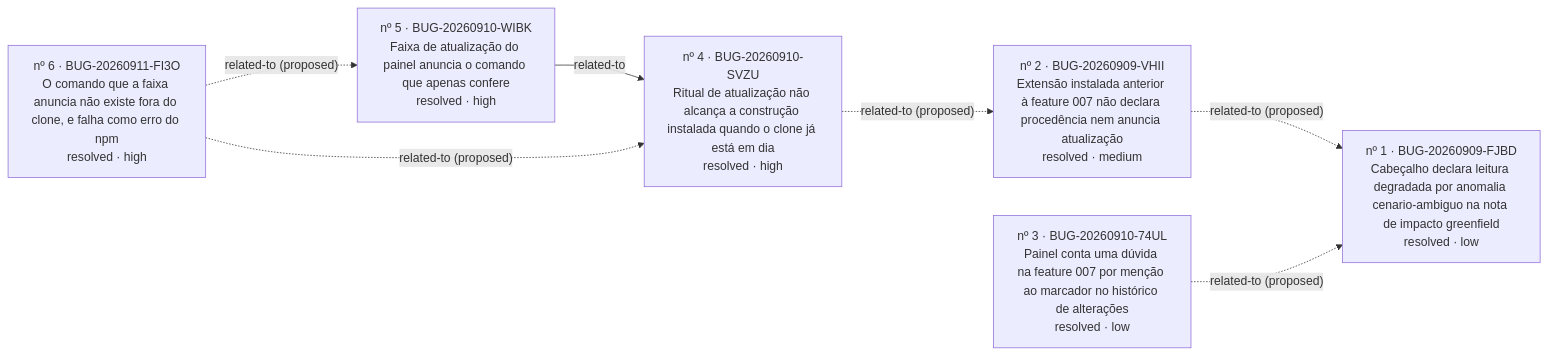
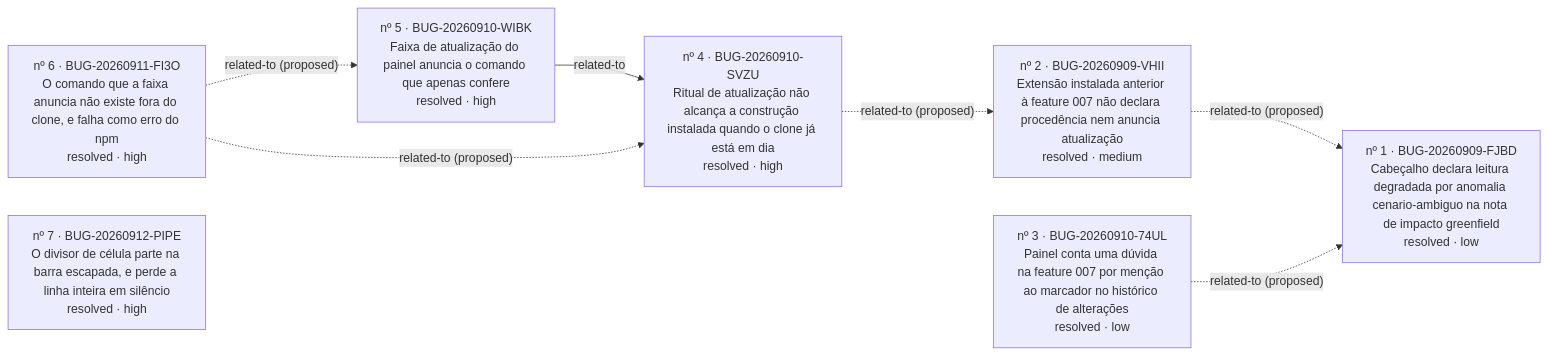
One commit to iago-leal/reversa-views changed the diagram in _reversa_bugs/painel-do-processo/generated/graph.md. Above: the diagram before and after it, drawn with Mermaid. The commit also changed other lines of this file and 6 other files, not shown here.

````diff
--- a/_reversa_bugs/painel-do-processo/generated/graph.md
+++ b/_reversa_bugs/painel-do-processo/generated/graph.md
@@ -4,15 +4,16 @@
 ```mermaid
 graph LR
   BUG_20260909_FJBD["nº 1 · BUG-20260909-FJBD<br/>Cabeçalho declara leitura degradada por anomalia cenario-ambiguo na nota de impacto greenfield<br/>resolved · low"]
   BUG_20260909_VHII["nº 2 · BUG-20260909-VHII<br/>Extensão instalada anterior à feature 007 não declara procedência nem anuncia atualização<br/>resolved · medium"]
   BUG_20260910_74UL["nº 3 · BUG-20260910-74UL<br/>Painel conta uma dúvida na feature 007 por menção ao marcador no histórico de alterações<br/>resolved · low"]
   BUG_20260910_SVZU["nº 4 · BUG-20260910-SVZU<br/>Ritual de atualização não alcança a construção instalada quando o clone já está em dia<br/>resolved · high"]
   BUG_20260910_WIBK["nº 5 · BUG-20260910-WIBK<br/>Faixa de atualização do painel anuncia o comando que apenas confere<br/>resolved · high"]
   BUG_20260911_FI3O["nº 6 · BUG-20260911-FI3O<br/>O comando que a faixa anuncia não existe fora do clone, e falha como erro do npm<br/>resolved · high"]
+  BUG_20260912_PIPE["nº 7 · BUG-20260912-PIPE<br/>O divisor de célula parte na barra escapada, e perde a linha inteira em silêncio<br/>resolved · high"]
   BUG_20260909_VHII -. related-to (proposed) .-> BUG_20260909_FJBD
   BUG_20260910_74UL -. related-to (proposed) .-> BUG_20260909_FJBD
   BUG_20260910_SVZU -. related-to (proposed) .-> BUG_20260909_VHII
   BUG_20260910_WIBK -- related-to --> BUG_20260910_SVZU
   BUG_20260911_FI3O -. related-to (proposed) .-> BUG_20260910_WIBK
   BUG_20260911_FI3O -. related-to (proposed) .-> BUG_20260910_SVZU
 ```
````
